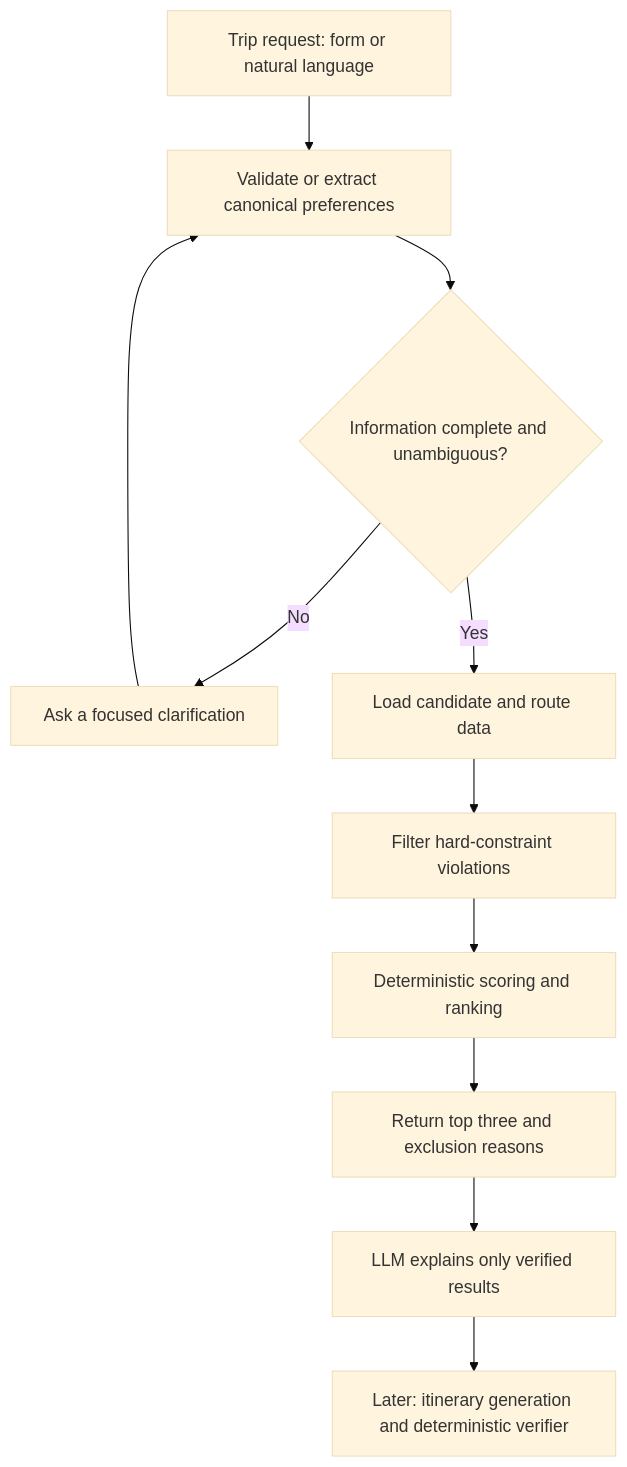
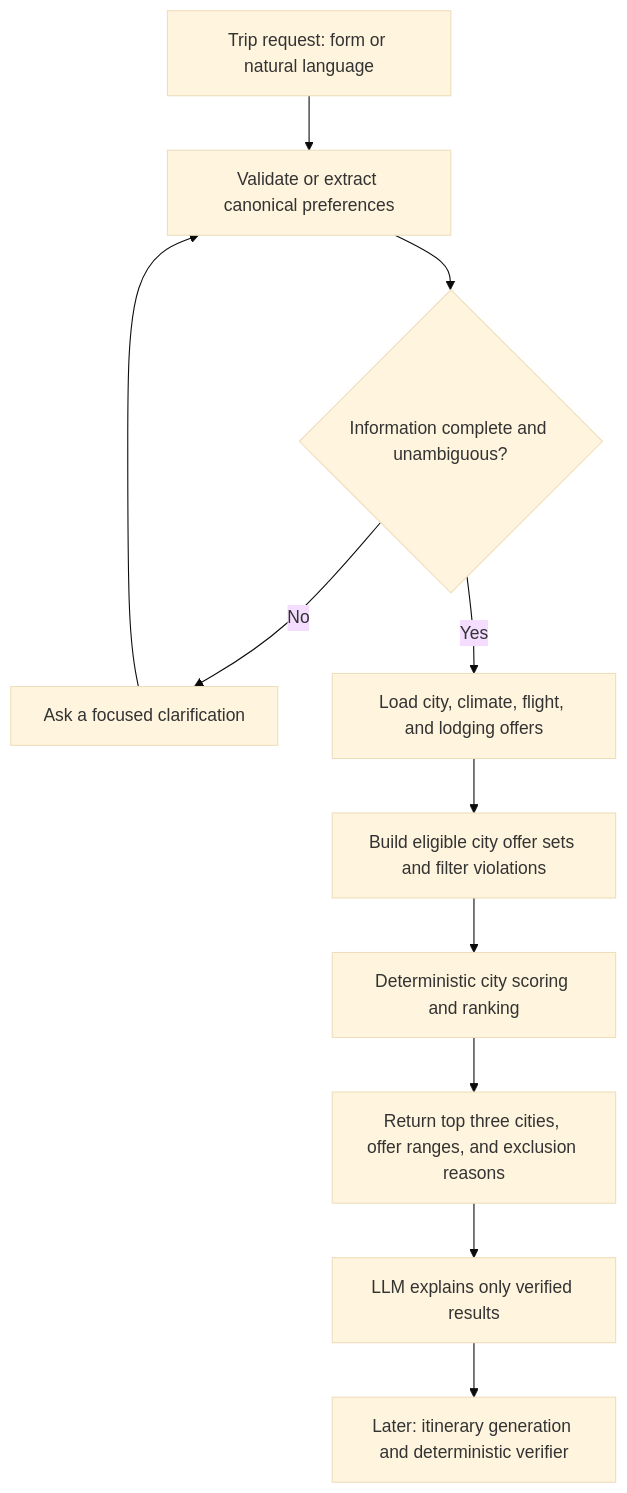
Before and after one commit to yunyiwinnieshe/NBTravelAI: the diagram in docs/project-proposal.md, drawn with Mermaid (base theme). The commit also changed other lines of this file and 6 other files, not shown here.

````diff
--- a/docs/project-proposal.md
+++ b/docs/project-proposal.md
@@ -130,13 +147,13 @@
 ```mermaid
 flowchart TD
     A[Trip request: form or natural language] --> B[Validate or extract canonical preferences]
     B --> C{Information complete and unambiguous?}
     C -- No --> D[Ask a focused clarification]
     D --> B
-    C -- Yes --> E[Load candidate and route data]
-    E --> F[Filter hard-constraint violations]
-    F --> G[Deterministic scoring and ranking]
-    G --> H[Return top three and exclusion reasons]
+    C -- Yes --> E[Load city, climate, flight, and lodging offers]
+    E --> F[Build eligible city offer sets and filter violations]
+    F --> G[Deterministic city scoring and ranking]
+    G --> H[Return top three cities, offer ranges, and exclusion reasons]
     H --> I[LLM explains only verified results]
     I --> J[Later: itinerary generation and deterministic verifier]
 ```
````
